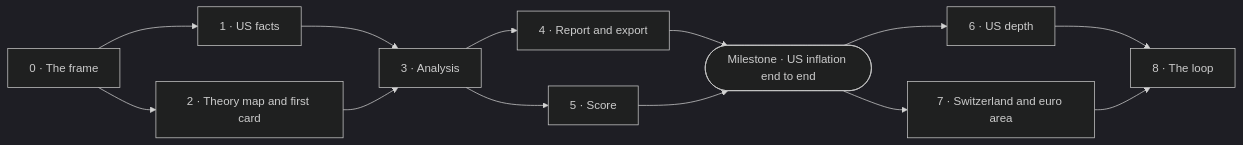
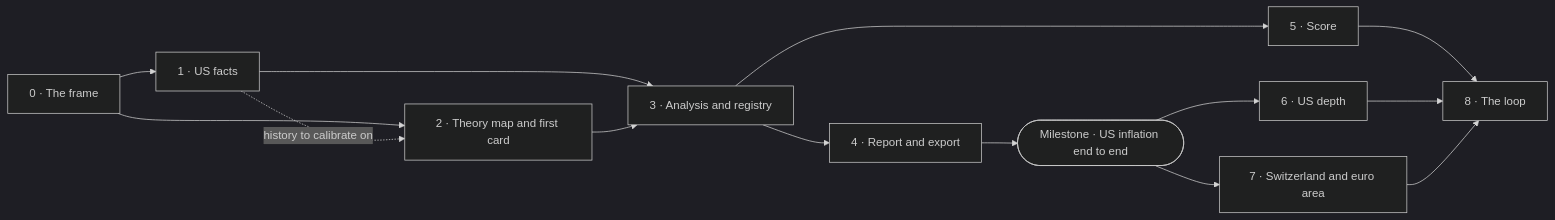
One commit to Sami-Andaloussi/atlas-research changed the diagram in blueprint/build-sequence.md. Above: the diagram before and after it, drawn with Mermaid (dark theme). The commit also changed other lines of this file and 11 other files, not shown here.

````diff
--- a/blueprint/build-sequence.md
+++ b/blueprint/build-sequence.md
@@ -13,15 +13,16 @@
 ```mermaid
 flowchart LR
     p0["0 · The frame"] --> p1["1 · US facts"]
     p0 --> p2["2 · Theory map and first card"]
-    p1 --> p3["3 · Analysis"]
+    p1 -.->|history to calibrate on| p2
+    p1 --> p3["3 · Analysis and registry"]
     p2 --> p3
     p3 --> p4["4 · Report and export"]
     p3 --> p5["5 · Score"]
     p4 --> m1(["Milestone · US inflation end to end"])
-    p5 --> m1
+    p5 --> p8
     m1 --> p6["6 · US depth"]
     m1 --> p7["7 · Switzerland and euro area"]
     p6 --> p8["8 · The loop"]
     p7 --> p8
 ```
````
